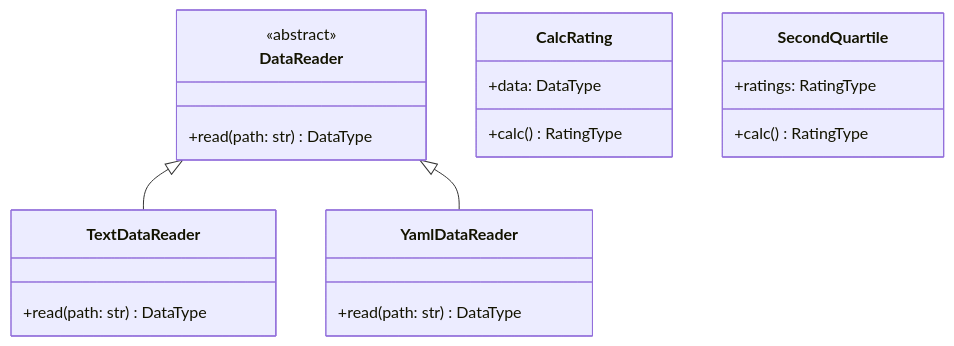
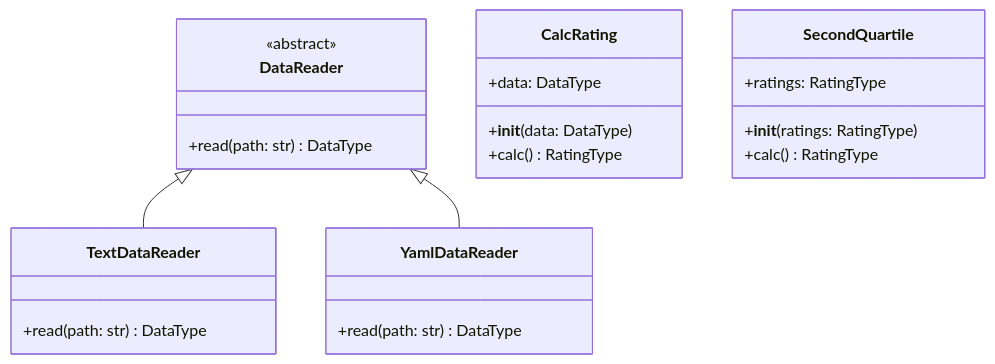
One commit to ALBADWIMAJID/PTLab1 changed the diagram in README.md. Above: the diagram before and after it, drawn with Mermaid. The commit also changed other lines of this file and 1 other file, not shown here.

````diff
--- a/README.md
+++ b/README.md
@@ -142,30 +240,32 @@
 ```mermaid
 classDiagram
     direction TB
 
     class DataReader {
         <<abstract>>
         +read(path: str) DataType
     }
 
     class TextDataReader {
         +read(path: str) DataType
     }
 
     class YamlDataReader {
         +read(path: str) DataType
     }
 
     class CalcRating {
         +data: DataType
+        +__init__(data: DataType)
         +calc() RatingType
     }
 
     class SecondQuartile {
         +ratings: RatingType
+        +__init__(ratings: RatingType)
         +calc() RatingType
     }
 
     DataReader <|-- TextDataReader
     DataReader <|-- YamlDataReader
 ```
````
